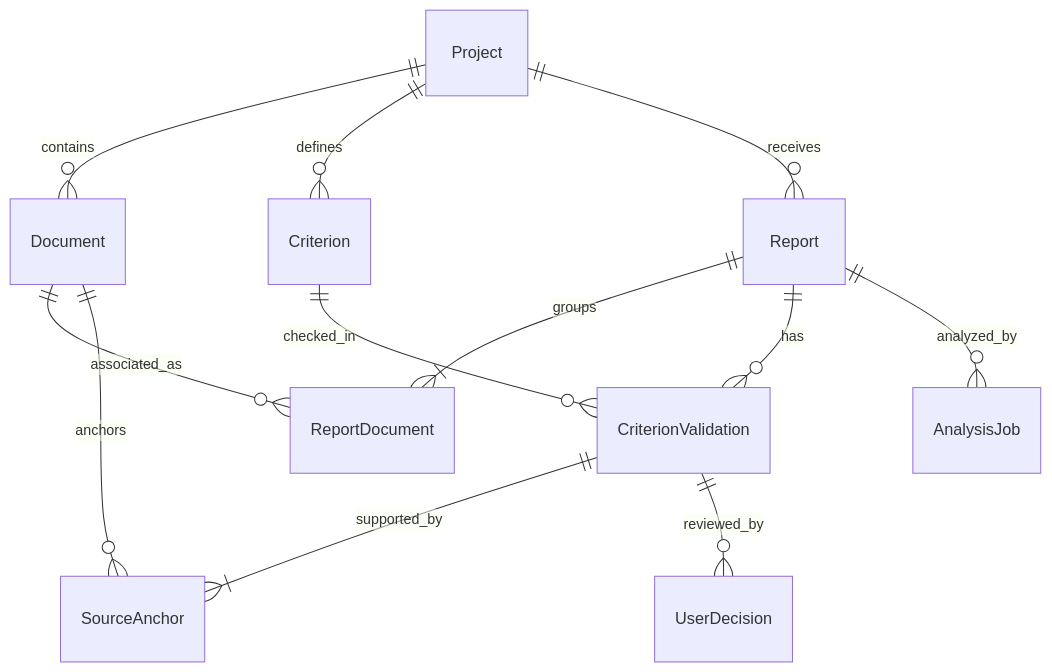
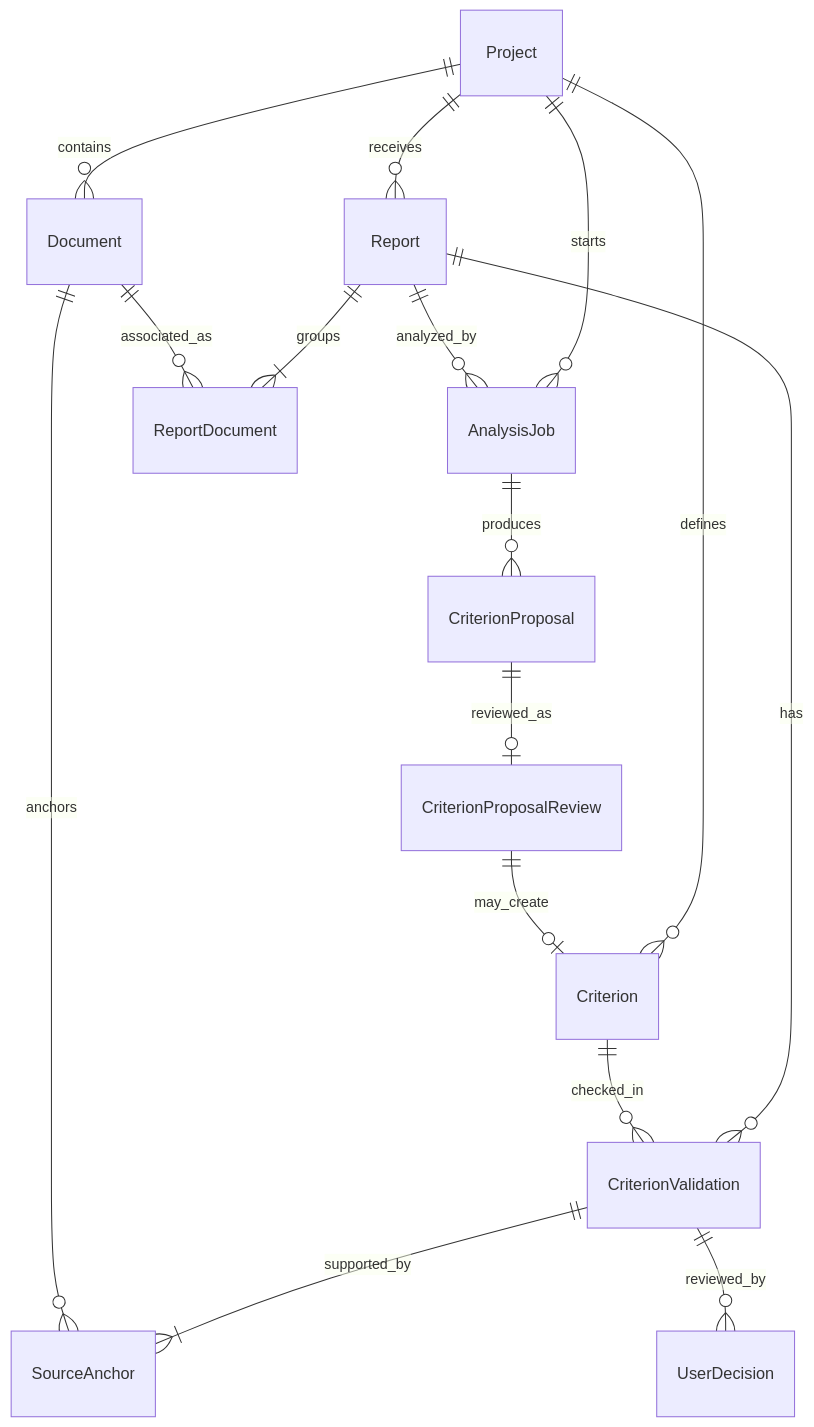
The diagram in docs/data-model.md (lupumihnea/chiatraton-adr-nord-est), drawn with Mermaid before and after one commit. The commit also changed other lines of this file and 14 other files, not shown here.

````diff
--- a/docs/data-model.md
+++ b/docs/data-model.md
@@ -7,14 +7,18 @@
 ```mermaid
 erDiagram
     Project ||--o{ Document : contains
     Project ||--o{ Criterion : defines
+    Project ||--o{ AnalysisJob : starts
     Project ||--o{ Report : receives
     Report ||--|{ ReportDocument : groups
     Document ||--o{ ReportDocument : associated_as
     Report ||--o{ CriterionValidation : has
     Criterion ||--o{ CriterionValidation : checked_in
     CriterionValidation ||--|{ SourceAnchor : supported_by
     Document ||--o{ SourceAnchor : anchors
     CriterionValidation ||--o{ UserDecision : reviewed_by
     Report ||--o{ AnalysisJob : analyzed_by
+    AnalysisJob ||--o{ CriterionProposal : produces
+    CriterionProposal ||--o| CriterionProposalReview : reviewed_as
+    CriterionProposalReview ||--o| Criterion : may_create
 ```
````
